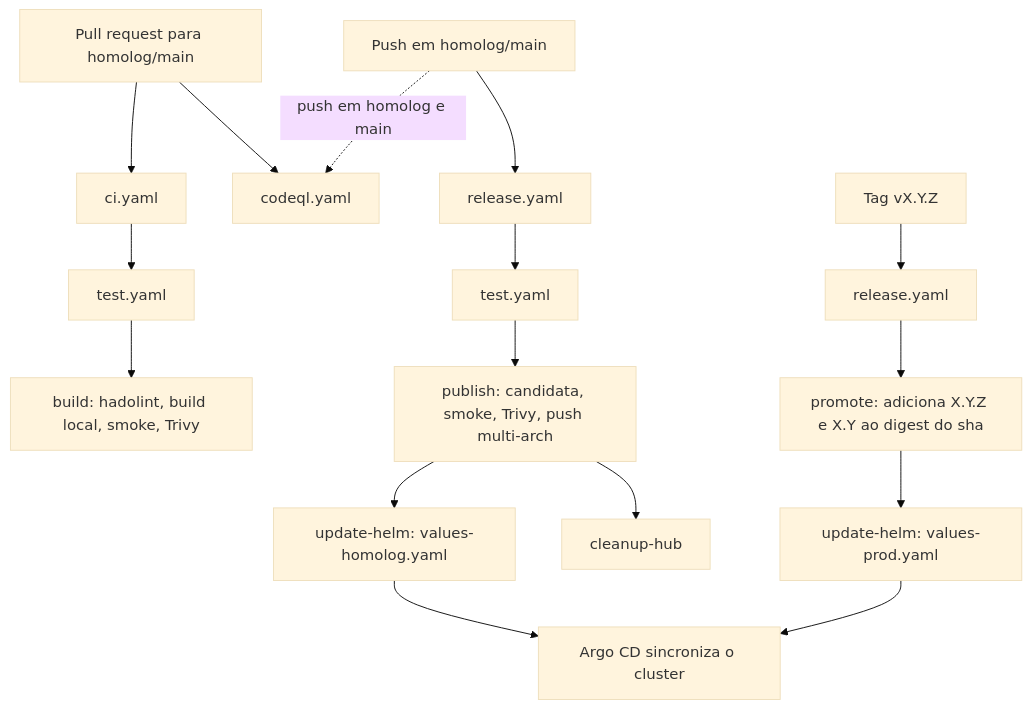
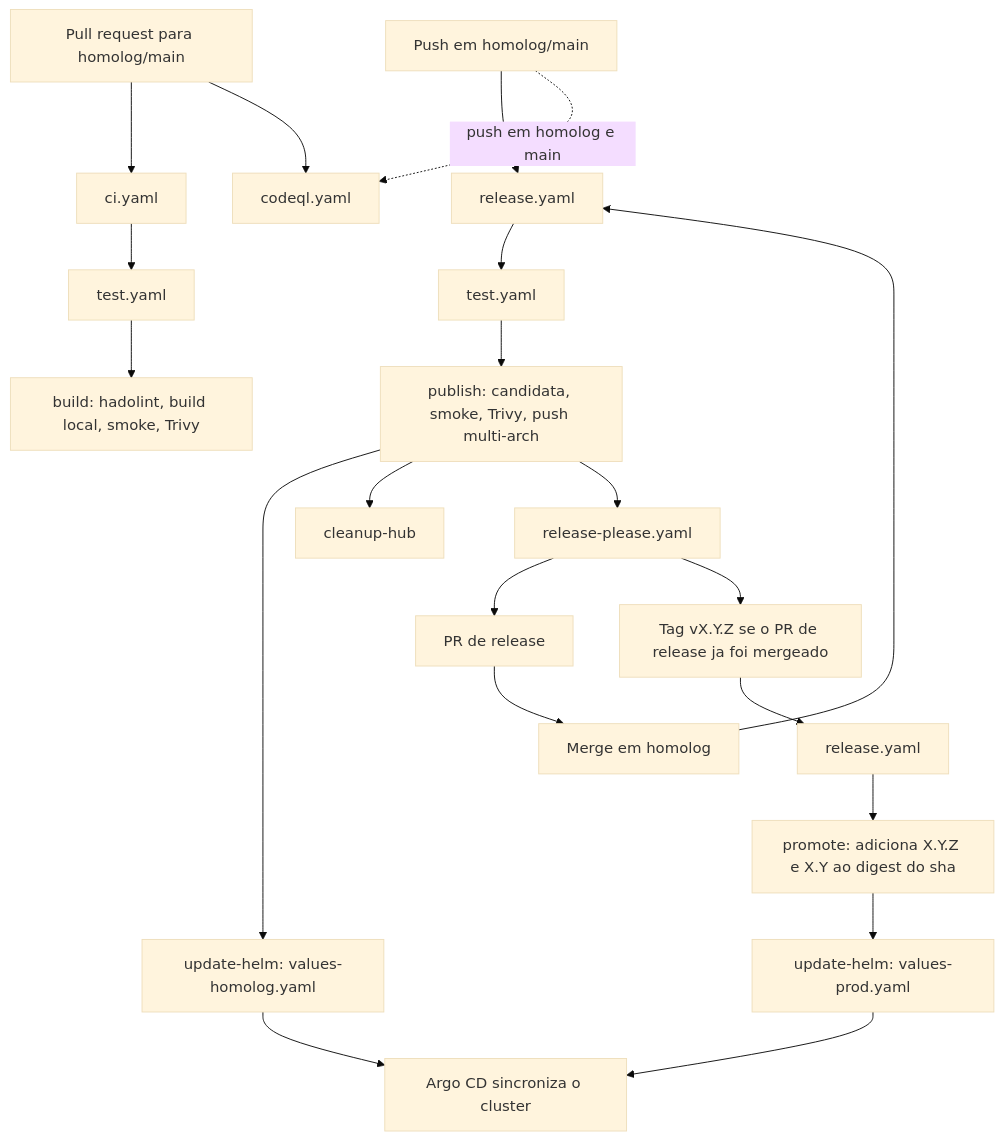
Before and after one commit to fcavalcanti-devops/conversor-temperatura: the diagram in .github/workflows/README.md, drawn with Mermaid (base theme). The commit also changed other lines of this file and 4 other files, not shown here.

Commit message:
Add Release Please configuration and update workflows

````diff
--- a/.github/workflows/README.md
+++ b/.github/workflows/README.md
@@ -26,21 +28,26 @@
 ```mermaid
 flowchart TD
     PR[Pull request para homolog/main] --> CI[ci.yaml]
     PR --> CQ[codeql.yaml]
     CI --> T1[test.yaml]
     T1 --> B[build: hadolint, build local, smoke, Trivy]
 
     PUSH[Push em homolog/main] --> REL[release.yaml]
     PUSH -.->|push em homolog e main| CQ
     REL --> T2[test.yaml]
     T2 --> PUB[publish: candidata, smoke, Trivy, push multi-arch]
     PUB --> HH[update-helm: values-homolog.yaml]
     PUB --> CL[cleanup-hub]
+    PUB --> RP[release-please.yaml]
+    RP --> RPR[PR de release]
+    RPR --> MERGE[Merge em homolog]
+    MERGE --> REL
+    RP --> TAG[Tag vX.Y.Z se o PR de release ja foi mergeado]
 
-    TAG[Tag vX.Y.Z] --> REL2[release.yaml]
+    TAG --> REL2[release.yaml]
     REL2 --> PRO[promote: adiciona X.Y.Z e X.Y ao digest do sha]
     PRO --> HP[update-helm: values-prod.yaml]
 
     HH --> ARGO[Argo CD sincroniza o cluster]
     HP --> ARGO
 ```
````
